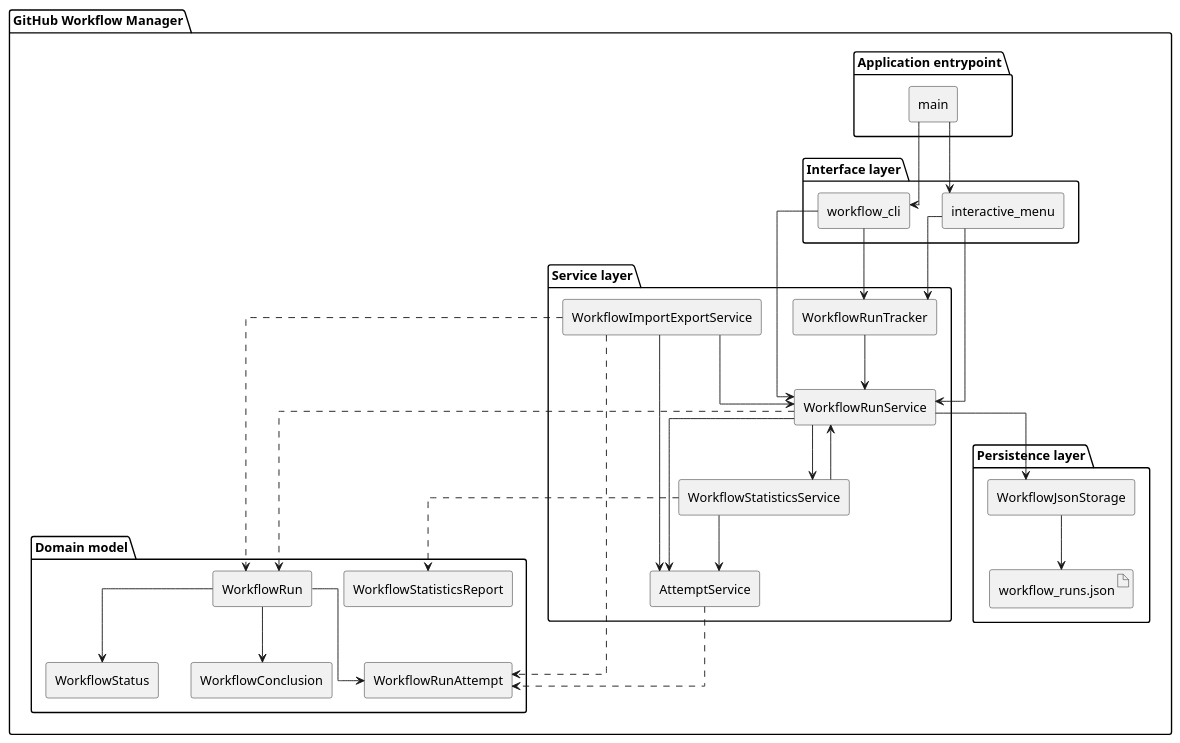
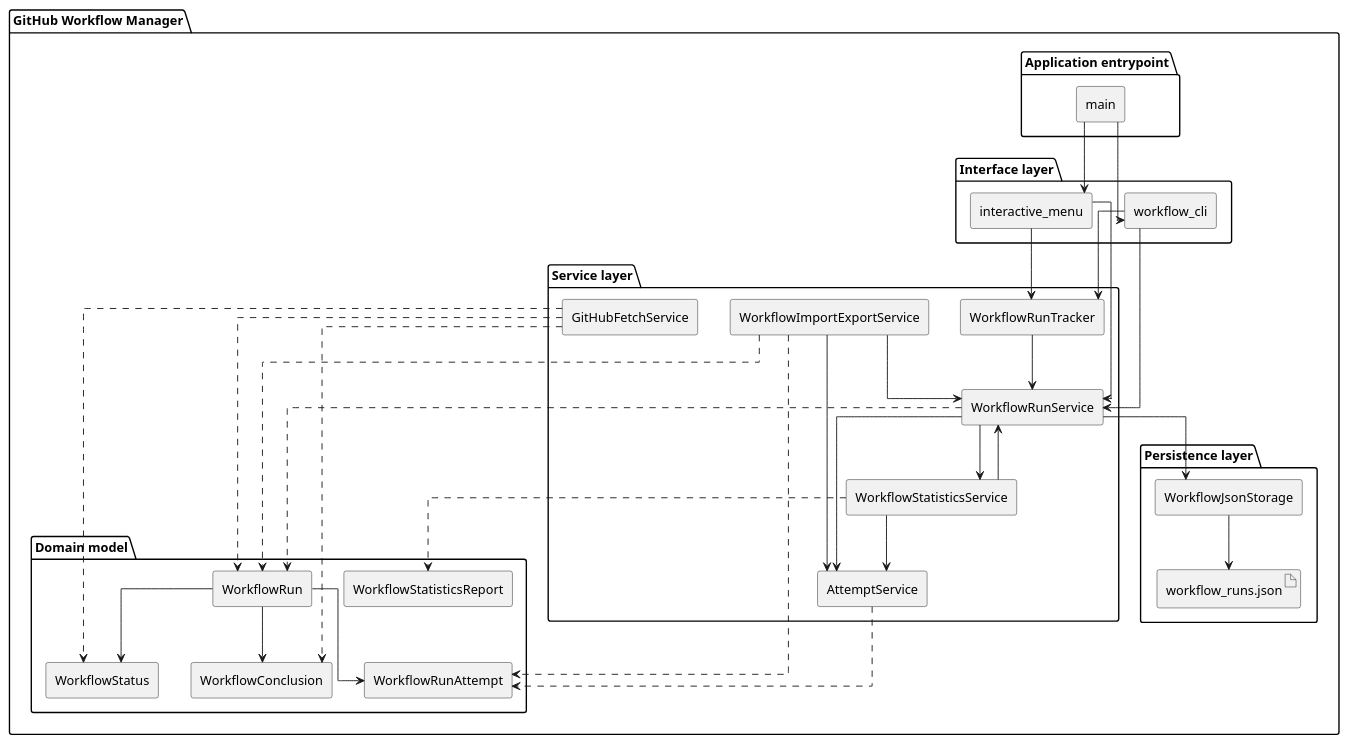
Before and after one commit to DanielRiha8906/Software_autoevolution_using_agents: the diagram in experiments/pipeline/test_driven/github-workflow-manager/artifacts/component_diagram.puml, drawn with PlantUML. The commit also changed 5 other files, not shown here.

```diff
--- a/experiments/pipeline/test_driven/github-workflow-manager/artifacts/component_diagram.puml
+++ b/experiments/pipeline/test_driven/github-workflow-manager/artifacts/component_diagram.puml
@@ -1,73 +1,78 @@
 @startuml component_diagram
 
 skinparam componentStyle rectangle
 skinparam linetype ortho
 top to bottom direction
 
 package "GitHub Workflow Manager" {
 
   package "Application entrypoint" {
     component "main" as MAIN
   }
 
   package "Interface layer" {
     component "workflow_cli" as CLI
     component "interactive_menu" as IM
   }
 
   package "Service layer" {
+    component "GitHubFetchService" as FETCH_SVC
     component "WorkflowRunTracker" as TRACKER
     component "WorkflowRunService" as SVC
     component "AttemptService" as ATTEMPT_SVC
     component "WorkflowImportExportService" as IMPORT_EXPORT_SVC
     component "WorkflowStatisticsService" as STATS_SVC
   }
 
   package "Persistence layer" {
     component "WorkflowJsonStorage" as STOR
     artifact "workflow_runs.json" as JSON_FILE
   }
 
   package "Domain model" {
     component "WorkflowRun" as RUN
     component "WorkflowRunAttempt" as ATTEMPT
     component "WorkflowStatus" as STATUS
     component "WorkflowConclusion" as CONCLUSION
     component "WorkflowStatisticsReport" as STATS_REPORT
   }
 }
 
 MAIN --> CLI
 MAIN --> IM
 
 CLI --> TRACKER
 IM --> TRACKER
 
 CLI --> SVC
 IM --> SVC
 
 TRACKER --> SVC
 SVC --> STOR
 STOR --> JSON_FILE
 
 SVC --> ATTEMPT_SVC
 SVC --> STATS_SVC
 
 IMPORT_EXPORT_SVC --> SVC
 IMPORT_EXPORT_SVC --> ATTEMPT_SVC
 
+FETCH_SVC ..> RUN
+FETCH_SVC ..> STATUS
+FETCH_SVC ..> CONCLUSION
+
 SVC ..> RUN
 RUN --> ATTEMPT
 RUN --> STATUS
 RUN --> CONCLUSION
 
 ATTEMPT_SVC ..> ATTEMPT
 
 IMPORT_EXPORT_SVC ..> RUN
 IMPORT_EXPORT_SVC ..> ATTEMPT
 
 STATS_SVC --> SVC
 STATS_SVC --> ATTEMPT_SVC
 STATS_SVC ..> STATS_REPORT
 
 @enduml
```
